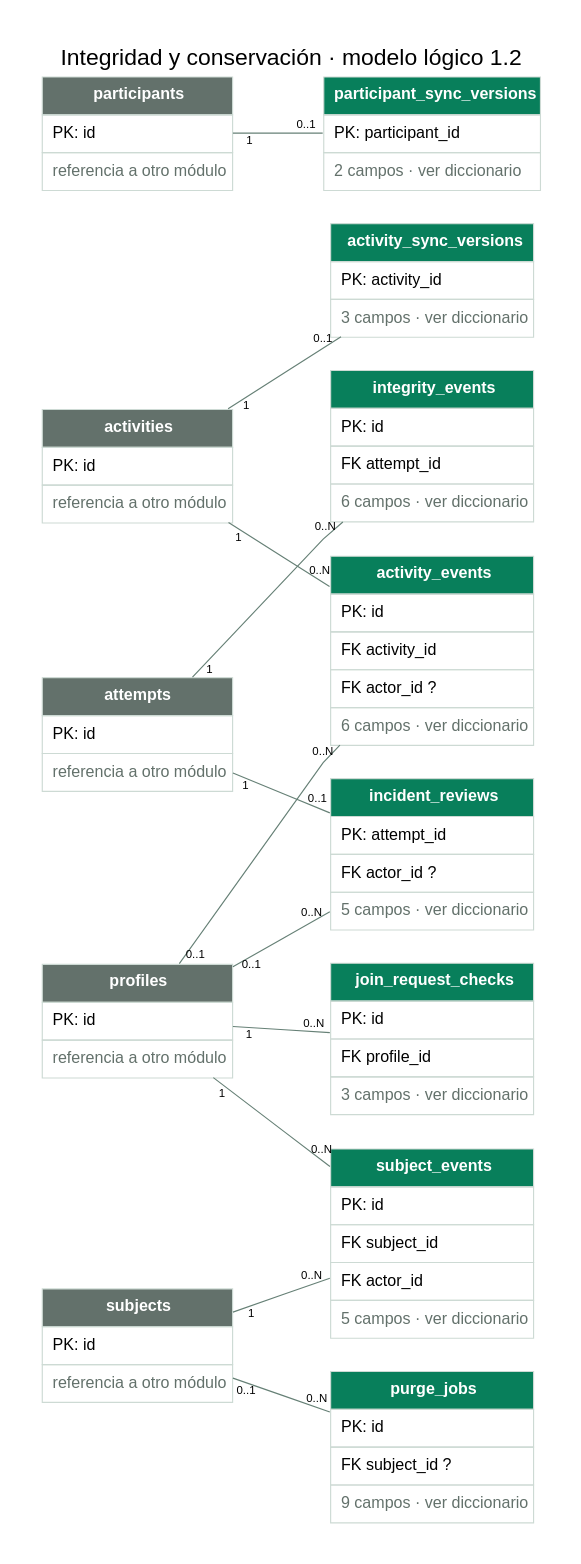
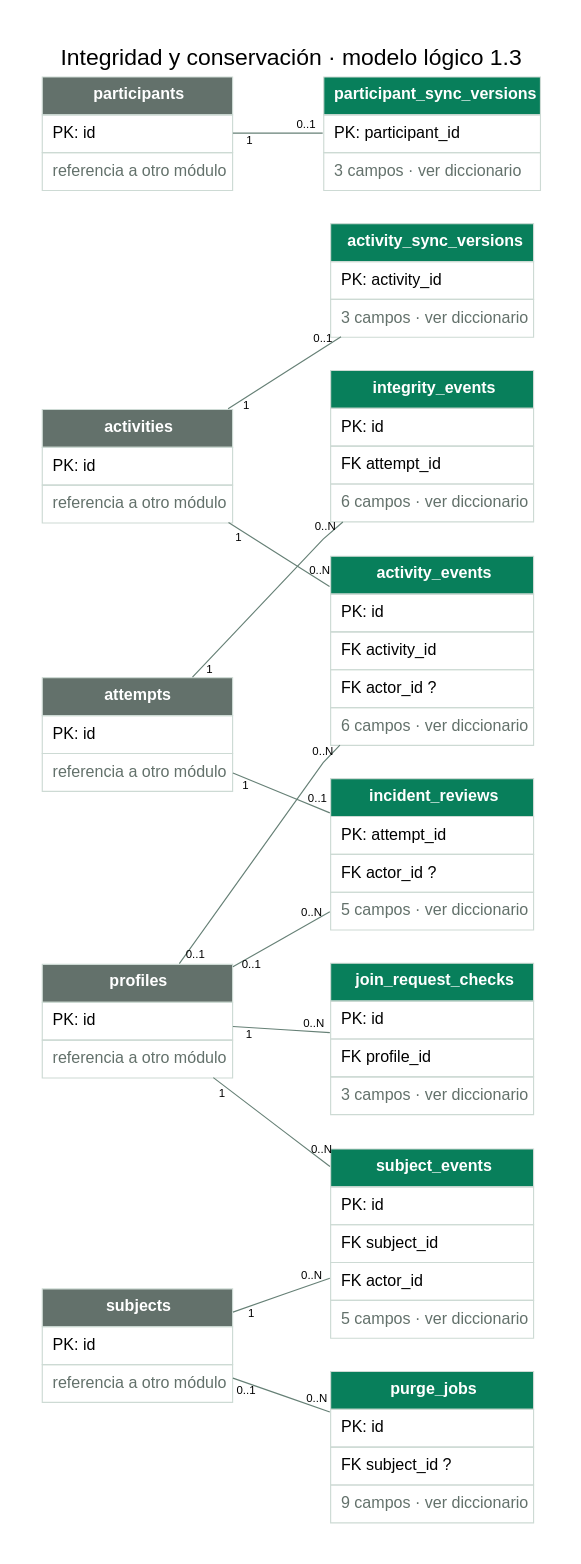
The diagram in docs/modelado/diagramas/06-operacion.dot (CubeFreaKLab/aulify), drawn with Graphviz before and after one commit. The commit also changed 42 other files, not shown here.

```diff
--- a/docs/modelado/diagramas/06-operacion.dot
+++ b/docs/modelado/diagramas/06-operacion.dot
@@ -1,29 +1,29 @@
 digraph modelo {
-graph [rankdir=LR, bgcolor="#ffffff", pad=0.4, nodesep=0.4, ranksep=1.1, splines=polyline, fontname="Arial", fontsize=20, labelloc=t, label="Integridad y conservación · modelo lógico 1.2"];
+graph [rankdir=LR, bgcolor="#ffffff", pad=0.4, nodesep=0.4, ranksep=1.1, splines=polyline, fontname="Arial", fontsize=20, labelloc=t, label="Integridad y conservación · modelo lógico 1.3"];
 node [shape=plain, fontname="Arial"];
 edge [fontname="Arial", fontsize=10, color="#668076", arrowsize=0.6];
 "activities" [label=<<TABLE BORDER="0" CELLBORDER="1" CELLSPACING="0" CELLPADDING="8" COLOR="#CDDAD4"><TR><TD BGCOLOR="#63716B"><FONT COLOR="white"><B>activities</B></FONT></TD></TR><TR><TD ALIGN="LEFT">PK: id</TD></TR><TR><TD><FONT COLOR="#63716B">referencia a otro módulo</FONT></TD></TR></TABLE>>];
 "activity_events" [label=<<TABLE BORDER="0" CELLBORDER="1" CELLSPACING="0" CELLPADDING="8" COLOR="#CDDAD4"><TR><TD BGCOLOR="#087F5B"><FONT COLOR="white"><B>activity_events</B></FONT></TD></TR><TR><TD ALIGN="LEFT">PK: id</TD></TR><TR><TD ALIGN="LEFT">FK activity_id</TD></TR><TR><TD ALIGN="LEFT">FK actor_id ?</TD></TR><TR><TD ALIGN="LEFT"><FONT COLOR="#63716B">6 campos · ver diccionario</FONT></TD></TR></TABLE>>];
 "activity_sync_versions" [label=<<TABLE BORDER="0" CELLBORDER="1" CELLSPACING="0" CELLPADDING="8" COLOR="#CDDAD4"><TR><TD BGCOLOR="#087F5B"><FONT COLOR="white"><B>activity_sync_versions</B></FONT></TD></TR><TR><TD ALIGN="LEFT">PK: activity_id</TD></TR><TR><TD ALIGN="LEFT"><FONT COLOR="#63716B">3 campos · ver diccionario</FONT></TD></TR></TABLE>>];
 "attempts" [label=<<TABLE BORDER="0" CELLBORDER="1" CELLSPACING="0" CELLPADDING="8" COLOR="#CDDAD4"><TR><TD BGCOLOR="#63716B"><FONT COLOR="white"><B>attempts</B></FONT></TD></TR><TR><TD ALIGN="LEFT">PK: id</TD></TR><TR><TD><FONT COLOR="#63716B">referencia a otro módulo</FONT></TD></TR></TABLE>>];
 "incident_reviews" [label=<<TABLE BORDER="0" CELLBORDER="1" CELLSPACING="0" CELLPADDING="8" COLOR="#CDDAD4"><TR><TD BGCOLOR="#087F5B"><FONT COLOR="white"><B>incident_reviews</B></FONT></TD></TR><TR><TD ALIGN="LEFT">PK: attempt_id</TD></TR><TR><TD ALIGN="LEFT">FK actor_id ?</TD></TR><TR><TD ALIGN="LEFT"><FONT COLOR="#63716B">5 campos · ver diccionario</FONT></TD></TR></TABLE>>];
 "integrity_events" [label=<<TABLE BORDER="0" CELLBORDER="1" CELLSPACING="0" CELLPADDING="8" COLOR="#CDDAD4"><TR><TD BGCOLOR="#087F5B"><FONT COLOR="white"><B>integrity_events</B></FONT></TD></TR><TR><TD ALIGN="LEFT">PK: id</TD></TR><TR><TD ALIGN="LEFT">FK attempt_id</TD></TR><TR><TD ALIGN="LEFT"><FONT COLOR="#63716B">6 campos · ver diccionario</FONT></TD></TR></TABLE>>];
 "join_request_checks" [label=<<TABLE BORDER="0" CELLBORDER="1" CELLSPACING="0" CELLPADDING="8" COLOR="#CDDAD4"><TR><TD BGCOLOR="#087F5B"><FONT COLOR="white"><B>join_request_checks</B></FONT></TD></TR><TR><TD ALIGN="LEFT">PK: id</TD></TR><TR><TD ALIGN="LEFT">FK profile_id</TD></TR><TR><TD ALIGN="LEFT"><FONT COLOR="#63716B">3 campos · ver diccionario</FONT></TD></TR></TABLE>>];
-"participant_sync_versions" [label=<<TABLE BORDER="0" CELLBORDER="1" CELLSPACING="0" CELLPADDING="8" COLOR="#CDDAD4"><TR><TD BGCOLOR="#087F5B"><FONT COLOR="white"><B>participant_sync_versions</B></FONT></TD></TR><TR><TD ALIGN="LEFT">PK: participant_id</TD></TR><TR><TD ALIGN="LEFT"><FONT COLOR="#63716B">2 campos · ver diccionario</FONT></TD></TR></TABLE>>];
+"participant_sync_versions" [label=<<TABLE BORDER="0" CELLBORDER="1" CELLSPACING="0" CELLPADDING="8" COLOR="#CDDAD4"><TR><TD BGCOLOR="#087F5B"><FONT COLOR="white"><B>participant_sync_versions</B></FONT></TD></TR><TR><TD ALIGN="LEFT">PK: participant_id</TD></TR><TR><TD ALIGN="LEFT"><FONT COLOR="#63716B">3 campos · ver diccionario</FONT></TD></TR></TABLE>>];
 "participants" [label=<<TABLE BORDER="0" CELLBORDER="1" CELLSPACING="0" CELLPADDING="8" COLOR="#CDDAD4"><TR><TD BGCOLOR="#63716B"><FONT COLOR="white"><B>participants</B></FONT></TD></TR><TR><TD ALIGN="LEFT">PK: id</TD></TR><TR><TD><FONT COLOR="#63716B">referencia a otro módulo</FONT></TD></TR></TABLE>>];
 "profiles" [label=<<TABLE BORDER="0" CELLBORDER="1" CELLSPACING="0" CELLPADDING="8" COLOR="#CDDAD4"><TR><TD BGCOLOR="#63716B"><FONT COLOR="white"><B>profiles</B></FONT></TD></TR><TR><TD ALIGN="LEFT">PK: id</TD></TR><TR><TD><FONT COLOR="#63716B">referencia a otro módulo</FONT></TD></TR></TABLE>>];
 "purge_jobs" [label=<<TABLE BORDER="0" CELLBORDER="1" CELLSPACING="0" CELLPADDING="8" COLOR="#CDDAD4"><TR><TD BGCOLOR="#087F5B"><FONT COLOR="white"><B>purge_jobs</B></FONT></TD></TR><TR><TD ALIGN="LEFT">PK: id</TD></TR><TR><TD ALIGN="LEFT">FK subject_id ?</TD></TR><TR><TD ALIGN="LEFT"><FONT COLOR="#63716B">9 campos · ver diccionario</FONT></TD></TR></TABLE>>];
 "subject_events" [label=<<TABLE BORDER="0" CELLBORDER="1" CELLSPACING="0" CELLPADDING="8" COLOR="#CDDAD4"><TR><TD BGCOLOR="#087F5B"><FONT COLOR="white"><B>subject_events</B></FONT></TD></TR><TR><TD ALIGN="LEFT">PK: id</TD></TR><TR><TD ALIGN="LEFT">FK subject_id</TD></TR><TR><TD ALIGN="LEFT">FK actor_id</TD></TR><TR><TD ALIGN="LEFT"><FONT COLOR="#63716B">5 campos · ver diccionario</FONT></TD></TR></TABLE>>];
 "subjects" [label=<<TABLE BORDER="0" CELLBORDER="1" CELLSPACING="0" CELLPADDING="8" COLOR="#CDDAD4"><TR><TD BGCOLOR="#63716B"><FONT COLOR="white"><B>subjects</B></FONT></TD></TR><TR><TD ALIGN="LEFT">PK: id</TD></TR><TR><TD><FONT COLOR="#63716B">referencia a otro módulo</FONT></TD></TR></TABLE>>];
 "attempts" -> "integrity_events" [dir=none, taillabel="1", headlabel="0..N", labeldistance=1.6];
 "attempts" -> "incident_reviews" [dir=none, taillabel="1", headlabel="0..1", labeldistance=1.6];
 "profiles" -> "incident_reviews" [dir=none, taillabel="0..1", headlabel="0..N", labeldistance=1.6];
 "activities" -> "activity_events" [dir=none, taillabel="1", headlabel="0..N", labeldistance=1.6];
 "profiles" -> "activity_events" [dir=none, taillabel="0..1", headlabel="0..N", labeldistance=1.6];
 "subjects" -> "subject_events" [dir=none, taillabel="1", headlabel="0..N", labeldistance=1.6];
 "profiles" -> "subject_events" [dir=none, taillabel="1", headlabel="0..N", labeldistance=1.6];
 "subjects" -> "purge_jobs" [dir=none, taillabel="0..1", headlabel="0..N", labeldistance=1.6];
 "profiles" -> "join_request_checks" [dir=none, taillabel="1", headlabel="0..N", labeldistance=1.6];
 "activities" -> "activity_sync_versions" [dir=none, taillabel="1", headlabel="0..1", labeldistance=1.6];
 "participants" -> "participant_sync_versions" [dir=none, taillabel="1", headlabel="0..1", labeldistance=1.6];
 }
```
